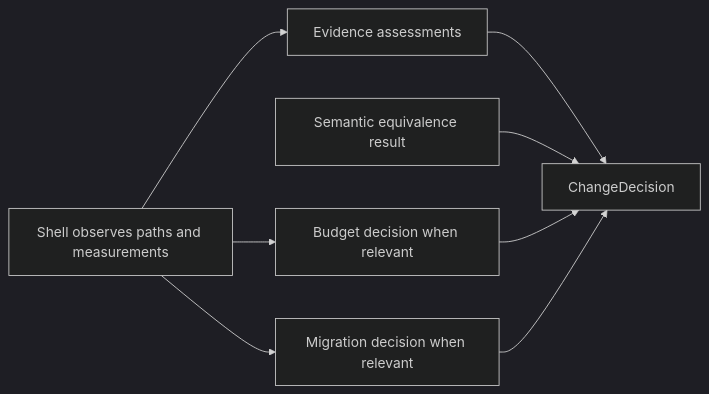
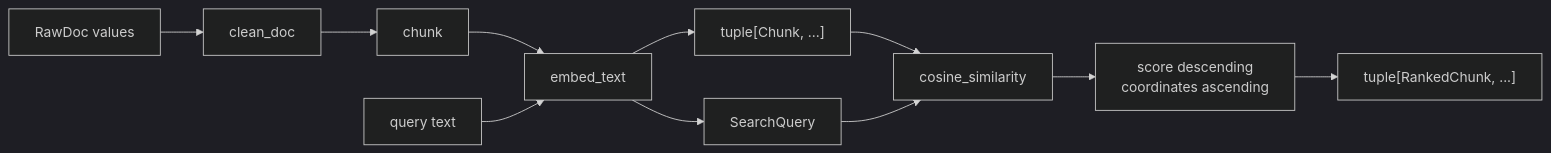
The diagram in programs/python-programming/python-functional-programming/course-book/module-10-refactoring-performance-sustainment/capstone-delta.md (bijux/bijux-masterclass), drawn with Mermaid (dark theme) before and after one commit. The commit also changed other lines of this file, not shown here.

````diff
--- a/programs/python-programming/python-functional-programming/course-book/module-10-refactoring-performance-sustainment/capstone-delta.md
+++ b/programs/python-programming/python-functional-programming/course-book/module-10-refactoring-performance-sustainment/capstone-delta.md
@@ -41,17 +54,18 @@
 ```mermaid
 flowchart LR
-    shell["Shell observes paths and measurements"]
-    evidence["Evidence assessments"]
-    semantics["Semantic equivalence result"]
-    budget["Budget decision when relevant"]
-    migration["Migration decision when relevant"]
-    verdict["ChangeDecision"]
+    raw["RawDoc values"]
+    clean["clean_doc"]
+    chunk["chunk"]
+    embed["embed_text"]
+    index["tuple[Chunk, ...]"]
+    query_text["query text"]
+    query["SearchQuery"]
+    score["cosine_similarity"]
+    order["score descending\ncoordinates ascending"]
+    hits["tuple[RankedChunk, ...]"]
 
-    shell --> evidence
-    shell --> budget
-    shell --> migration
-    evidence --> verdict
-    semantics --> verdict
-    budget --> verdict
-    migration --> verdict
+    raw --> clean --> chunk --> embed --> index
+    query_text --> embed --> query
+    index --> score
+    query --> score --> order --> hits
 ```
````
